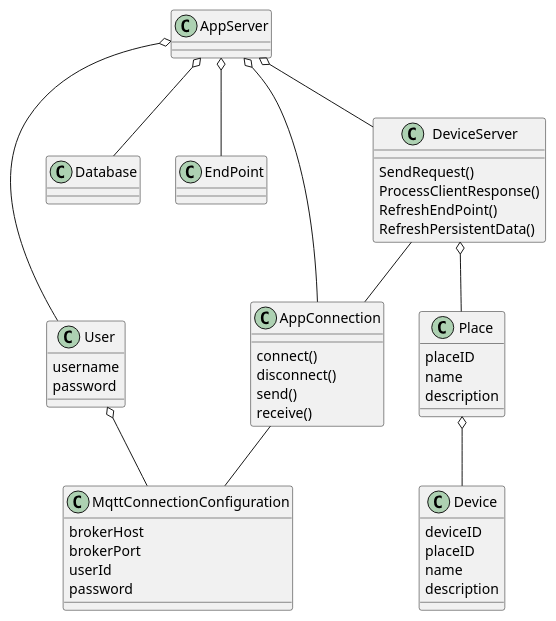
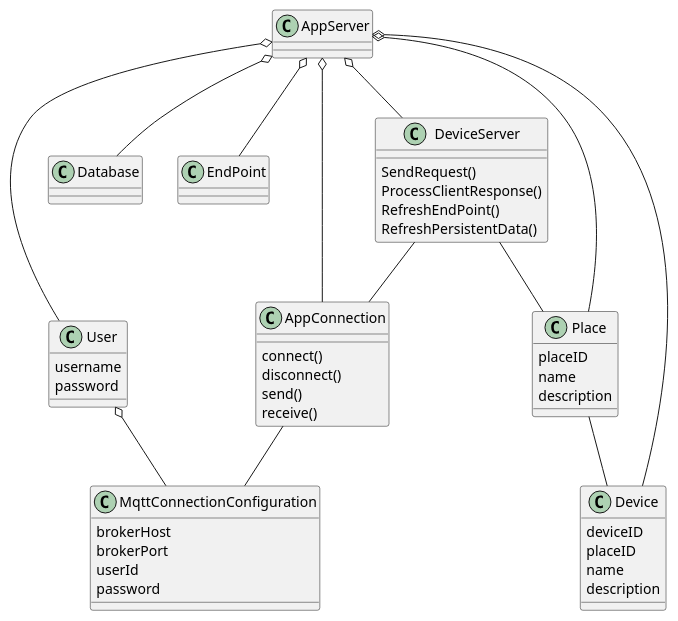
The diagram in Diagrams/DDeviceServer.puml (hectorgastaminza/Iot), drawn with PlantUML before and after one commit. The commit also changed 31 other files, not shown here.

```diff
--- a/Diagrams/DDeviceServer.puml
+++ b/Diagrams/DDeviceServer.puml
@@ -1,54 +1,56 @@
 @startuml
 class AppServer{
 }
 class User{
 username
 password
 }
 class Database{
 }
 class EndPoint{
 }
 class DeviceServer{
 	SendRequest()
 	ProcessClientResponse()
 	RefreshEndPoint()
 	RefreshPersistentData()
 }
 class AppConnection {
 	connect()
 	disconnect()
 	send()
 	receive()
 }
 class Place {
 placeID
 name
 description
 }
 class Device {
 deviceID
 placeID
 name
 description
 }
 class MqttConnectionConfiguration{
   brokerHost
   brokerPort
   userId
   password
 }
 
 AppServer o-- User
 User o-- MqttConnectionConfiguration
 AppConnection -- MqttConnectionConfiguration
 AppServer o-- Database
 AppServer o-- EndPoint
 AppServer o-- DeviceServer
 AppServer o-- AppConnection
+AppServer o-- Device
+AppServer o-- Place
 DeviceServer -- AppConnection
-DeviceServer o-- Place
-Place o-- Device
+DeviceServer -- Place
+Place -- Device
 
 
 @enduml
```
